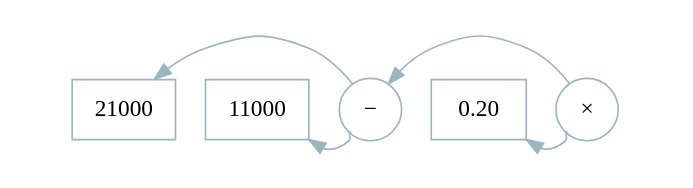
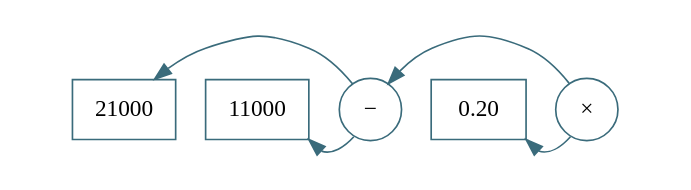
The diagram in images/graphviz/eg-tax-calc-expression-tree-linear.dot (triangle-man/intro-to-cellular-talk), drawn with Graphviz before and after one commit. The commit also changed 22 other files, not shown here.

```diff
--- a/images/graphviz/eg-tax-calc-expression-tree-linear.dot
+++ b/images/graphviz/eg-tax-calc-expression-tree-linear.dot
@@ -1,36 +1,35 @@
 digraph taxcalc {
 
 graph [rankdir = "TB";
        pad = "0.5,0.2";
        ]
 
-       edge [color = "#9db5bd";
+       edge [color = "#3a6b7b";
 	     dir = back];
 
 node [shape = circle;
-      color = "#9db5bd";]
+      color = "#3a6b7b";]
 
       {rank=same; 
 	      
 	      "21000" [shape=box];
 	      "11000" [shape=box];
 	      "−";
 	      " 0.20 " [shape=box];
 	      "×";
 	      } [ordering="out";
 		 style=invis;
 		 ]
       
      
      "21000" -> "−";
      
-     "11000" -> "−" [tailport=se;
-		     headport=sw]
-     " 0.20 " -> "×" [tailport=se;
-		      headport=sw]
+     "11000" -> "−" [tailport=se];
+		     
+     " 0.20 " -> "×" [tailport=se];
 
 		      "−" -> "×";
 		      "−" -> " 0.20 " [style=invis];
 		      
 
 }
```
